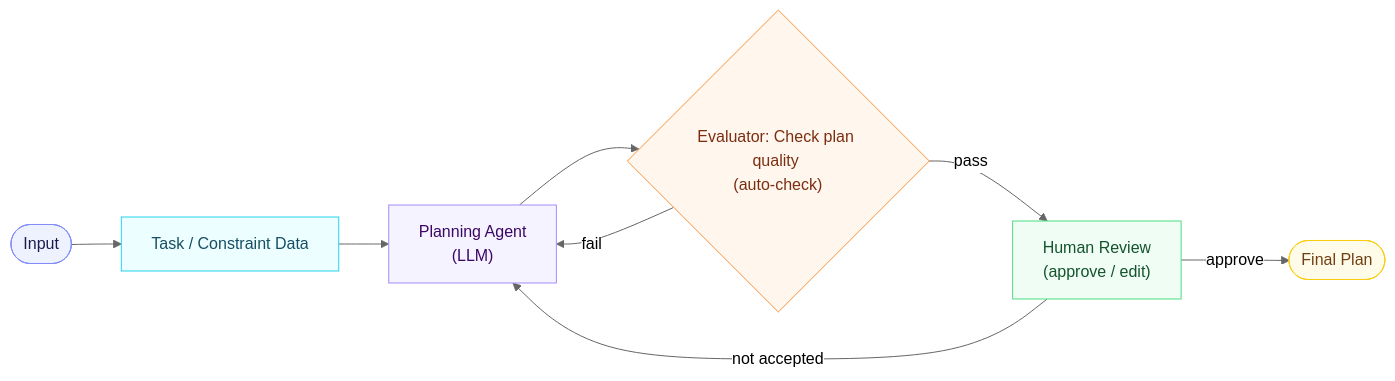
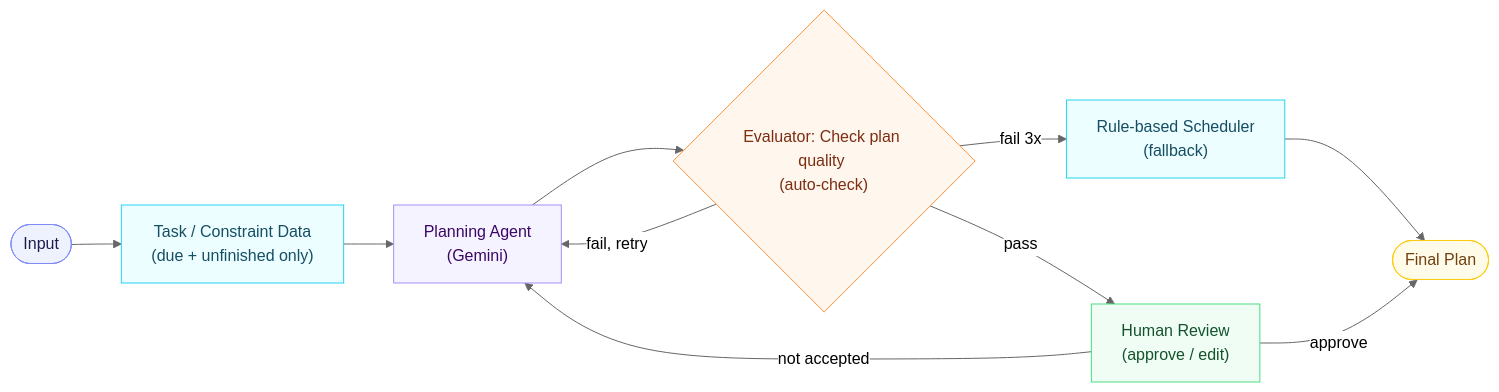
One commit to NgocKhanhHoang/applied-ai-system-project changed the diagram in diagrams/architecture.mmd. Above: the diagram before and after it, drawn with Mermaid (neutral theme). The commit also changed 13 other files, not shown here.

```diff
--- a/diagrams/architecture.mmd
+++ b/diagrams/architecture.mmd
@@ -1,27 +1,30 @@
 ---
 config:
   layout: fixed
 ---
 flowchart LR
-    A(["Input"]) --> B["Task / Constraint Data"]
-    B --> C["Planning Agent<br>(LLM)"]
+    A(["Input"]) --> B["Task / Constraint Data<br>(due + unfinished only)"]
+    B --> C["Planning Agent<br>(Gemini)"]
     C --> D["Evaluator: Check plan quality <br>(auto-check)"]
     D -- pass --> E["Human Review<br>(approve / edit)"]
-    D -- fail --> C
-    E -- approve --> F(["Final Plan"])
+    D -- fail, retry --> C
+    D -- fail 3x --> G["Rule-based Scheduler<br>(fallback)"]
+    G --> F(["Final Plan"])
+    E -- approve --> F
     E -- not accepted --> C
 
     D@{ shape: decision}
     A:::input
     B:::data
     C:::agent
     D:::check
     E:::review
     F:::final
+    G:::data
 
     classDef input fill:#eef2ff,stroke:#818cf8,color:#1e1b4b
     classDef data fill:#ecfeff,stroke:#22d3ee,color:#164e63
     classDef agent fill:#f5f3ff,stroke:#a78bfa,color:#3b0764
     classDef check fill:#fff7ed,stroke:#fb923c,color:#7c2d12
     classDef review fill:#f0fdf4,stroke:#4ade80,color:#14532d
     classDef final fill:#fefce8,stroke:#facc15,color:#713f12
```
